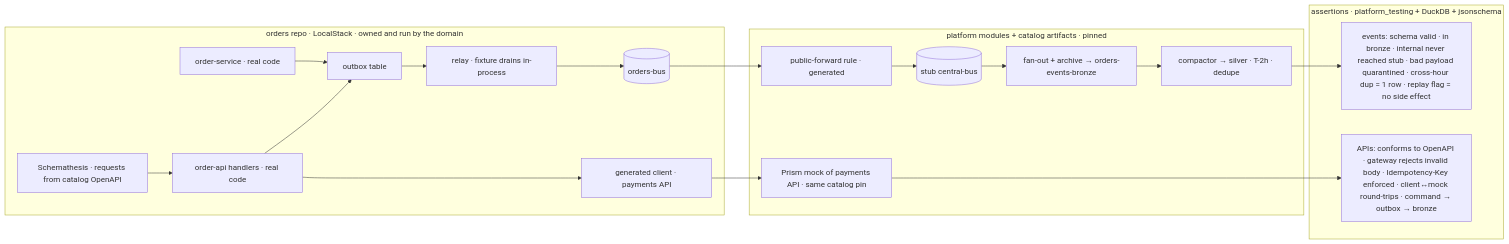
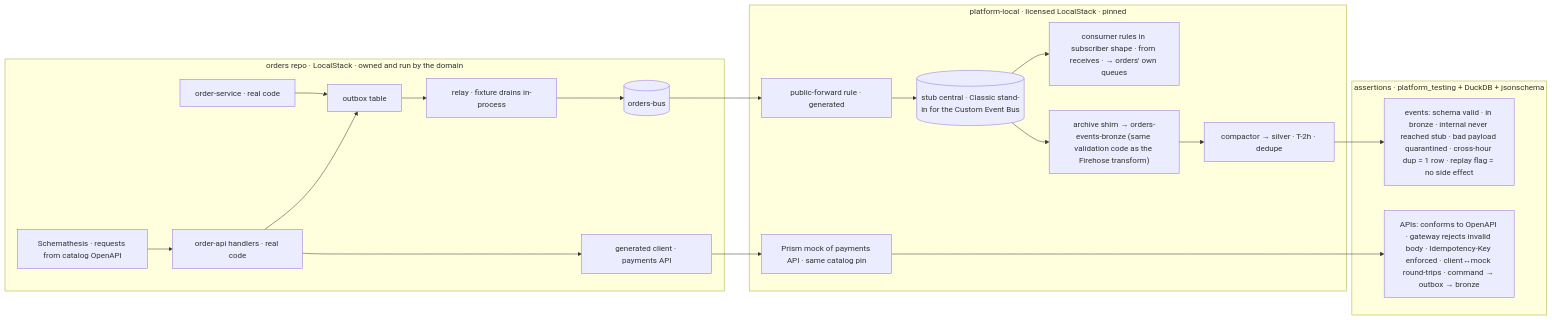
One commit to dataGriff/aws.serverless.architecture changed the diagram in docs/architecture/testing.md. Above: the diagram before and after it, drawn with Mermaid. The commit also changed other lines of this file and 34 other files, not shown here.

Commit message:
docs(adr): accept ADR-021..025 — eu-west-1 and licensed LocalStack decided; supersede 001/006/008/009/019; align README, roadmap, testing, prompts and /arch commands

````diff
--- a/docs/architecture/testing.md
+++ b/docs/architecture/testing.md
@@ -7,18 +7,20 @@
 ```mermaid
 flowchart LR
   subgraph DOM[orders repo · LocalStack · owned and run by the domain]
     SVC[order-service · real code] --> OBX[outbox table] --> REL[relay · fixture drains in-process] --> BUS[(orders-bus)]
     ST[Schemathesis · requests from catalog OpenAPI] --> H[order-api handlers · real code] --> OBX
     H --> CL[generated client · payments API]
   end
-  subgraph STUB[platform modules + catalog artifacts · pinned]
-    BUS --> FWD[public-forward rule · generated] --> CB[(stub central-bus)] --> AR[fan-out + archive → orders-events-bronze] --> CP[compactor → silver · T-2h · dedupe]
+  subgraph STUB[platform-local · licensed LocalStack · pinned]
+    BUS --> FWD[public-forward rule · generated] --> CB[("stub central · Classic stand-in for the Custom Event Bus")]
+    CB --> SUB["consumer rules in subscriber shape · from receives · → orders' own queues"]
+    CB --> AR["archive shim → orders-events-bronze (same validation code as the Firehose transform)"] --> CP[compactor → silver · T-2h · dedupe]
     CL --> PR[Prism mock of payments API · same catalog pin]
   end
   subgraph AS[assertions · platform_testing + DuckDB + jsonschema]
     A1[events: schema valid · in bronze · internal never reached stub · bad payload quarantined · cross-hour dup = 1 row · replay flag = no side effect]
     A2[APIs: conforms to OpenAPI · gateway rejects invalid body · Idempotency-Key enforced · client↔mock round-trips · command → outbox → bronze]
   end
   CP --> A1
   PR --> A2
 ```
````
